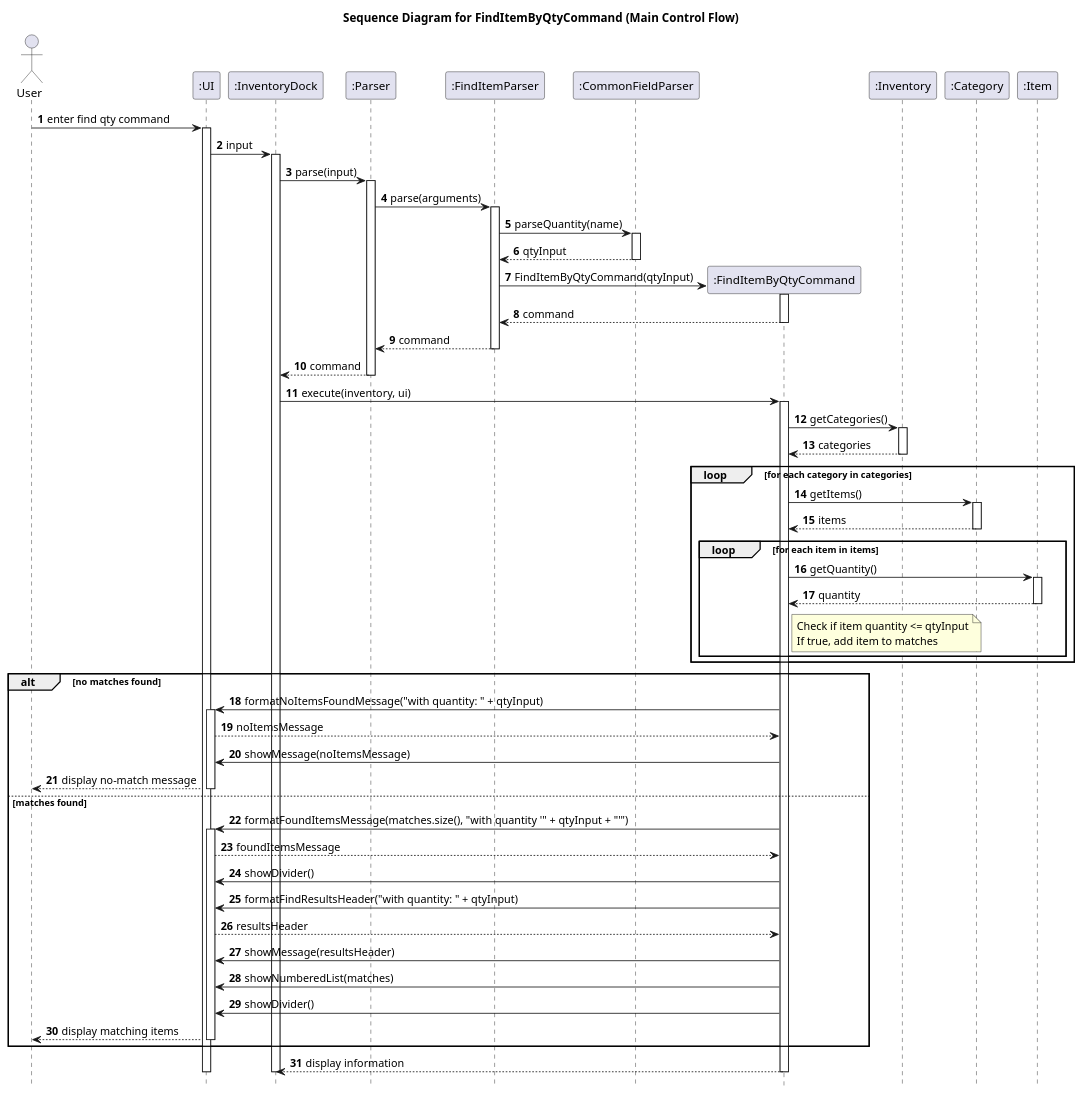
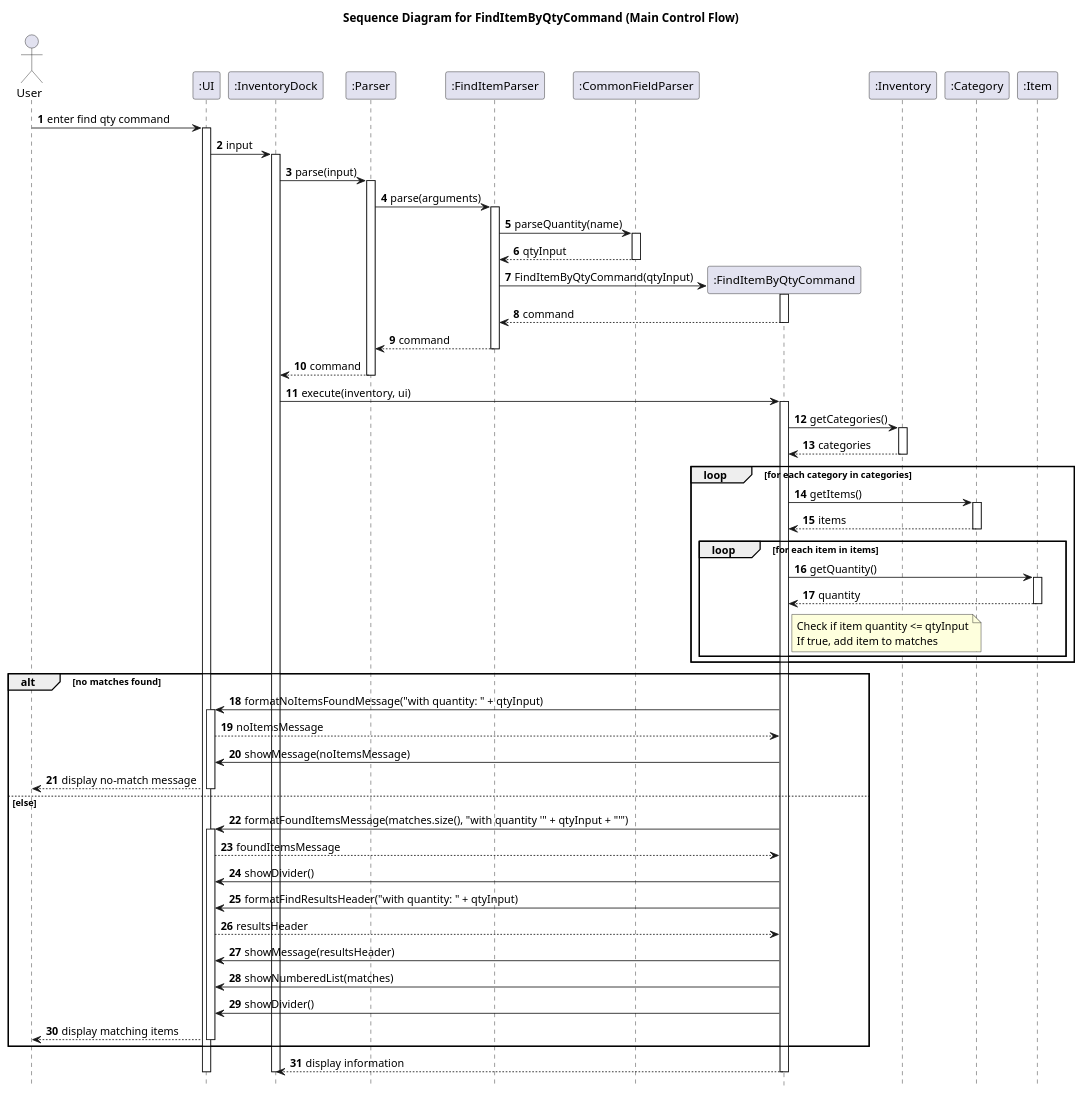
One commit to yueyang1111/tp changed the diagram in docs/diagrams/sequence/FindItemByQtyCommand_sequence.puml. Above: the diagram before and after it, drawn with PlantUML. The commit also changed other lines of this file and 10 other files, not shown here.

Commit message:
Add missing else blocks for sequence diagrams

```diff
--- a/docs/diagrams/sequence/FindItemByQtyCommand_sequence.puml
+++ b/docs/diagrams/sequence/FindItemByQtyCommand_sequence.puml
@@ -1,93 +1,93 @@
 @startuml
 title Sequence Diagram for FindItemByQtyCommand (Main Control Flow)
 
 autonumber
 hide footbox
 
 actor User
 participant ":UI" as UI
 participant ":InventoryDock" as InventoryDock
 participant ":Parser" as Parser
 participant ":FindItemParser" as FindItemParser
 participant ":CommonFieldParser" as CommonFieldParser
 participant ":FindItemByQtyCommand" as FindItemByQtyCommand
 participant ":Inventory" as Inventory
 participant ":Category" as Category
 participant ":Item" as Item
 
 User -> UI: enter find qty command
 activate UI
 UI -> InventoryDock: input
 activate InventoryDock
 InventoryDock -> Parser: parse(input)
 activate Parser
 
 Parser -> FindItemParser: parse(arguments)
 activate FindItemParser
 FindItemParser -> CommonFieldParser: parseQuantity(name)
 activate CommonFieldParser
 CommonFieldParser --> FindItemParser: qtyInput
 deactivate CommonFieldParser
 
 create FindItemByQtyCommand
 FindItemParser -> FindItemByQtyCommand: FindItemByQtyCommand(qtyInput)
 activate FindItemByQtyCommand
 FindItemByQtyCommand --> FindItemParser: command
 deactivate FindItemByQtyCommand
 FindItemParser --> Parser: command
 deactivate FindItemParser
 Parser --> InventoryDock: command
 deactivate Parser
 
 InventoryDock -> FindItemByQtyCommand: execute(inventory, ui)
 activate FindItemByQtyCommand
 FindItemByQtyCommand -> Inventory: getCategories()
 activate Inventory
 Inventory --> FindItemByQtyCommand: categories
 deactivate Inventory
 
 loop for each category in categories
     FindItemByQtyCommand -> Category: getItems()
     activate Category
     Category --> FindItemByQtyCommand: items
     deactivate Category
 
     loop for each item in items
         FindItemByQtyCommand -> Item: getQuantity()
         activate Item
         Item --> FindItemByQtyCommand: quantity
         deactivate Item
 
         note right of FindItemByQtyCommand
             Check if item quantity <= qtyInput
             If true, add item to matches
         end note
     end
 end
 
 alt no matches found
     FindItemByQtyCommand -> UI: formatNoItemsFoundMessage("with quantity: " + qtyInput)
     activate UI
     UI --> FindItemByQtyCommand: noItemsMessage
     FindItemByQtyCommand -> UI: showMessage(noItemsMessage)
     UI --> User: display no-match message
     deactivate UI
-else matches found
+else else
     FindItemByQtyCommand -> UI: formatFoundItemsMessage(matches.size(), "with quantity '" + qtyInput + "'")
     activate UI
     UI --> FindItemByQtyCommand: foundItemsMessage
     FindItemByQtyCommand -> UI: showDivider()
     FindItemByQtyCommand -> UI: formatFindResultsHeader("with quantity: " + qtyInput)
     UI --> FindItemByQtyCommand: resultsHeader
     FindItemByQtyCommand -> UI: showMessage(resultsHeader)
     FindItemByQtyCommand -> UI: showNumberedList(matches)
     FindItemByQtyCommand -> UI: showDivider()
     UI --> User: display matching items
     deactivate UI
 end
 
 FindItemByQtyCommand --> InventoryDock: display information
 deactivate FindItemByQtyCommand
 deactivate InventoryDock
 deactivate UI
 @enduml
```
